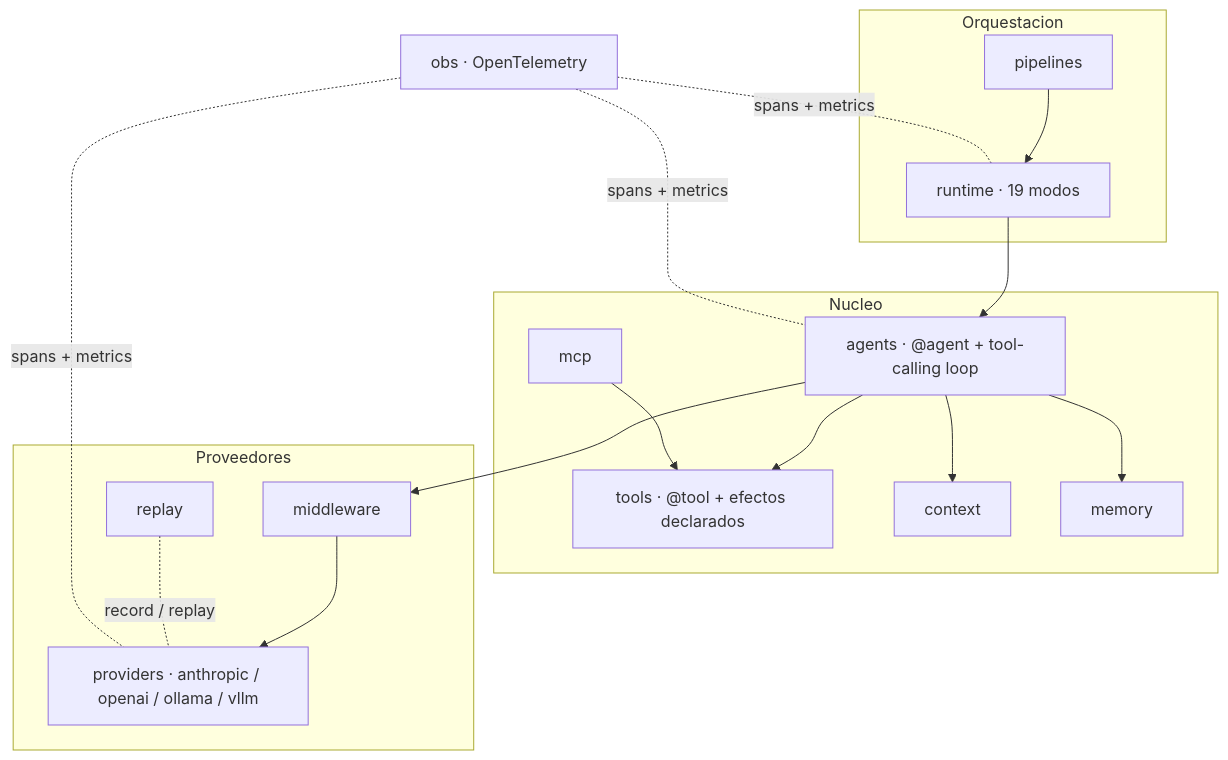
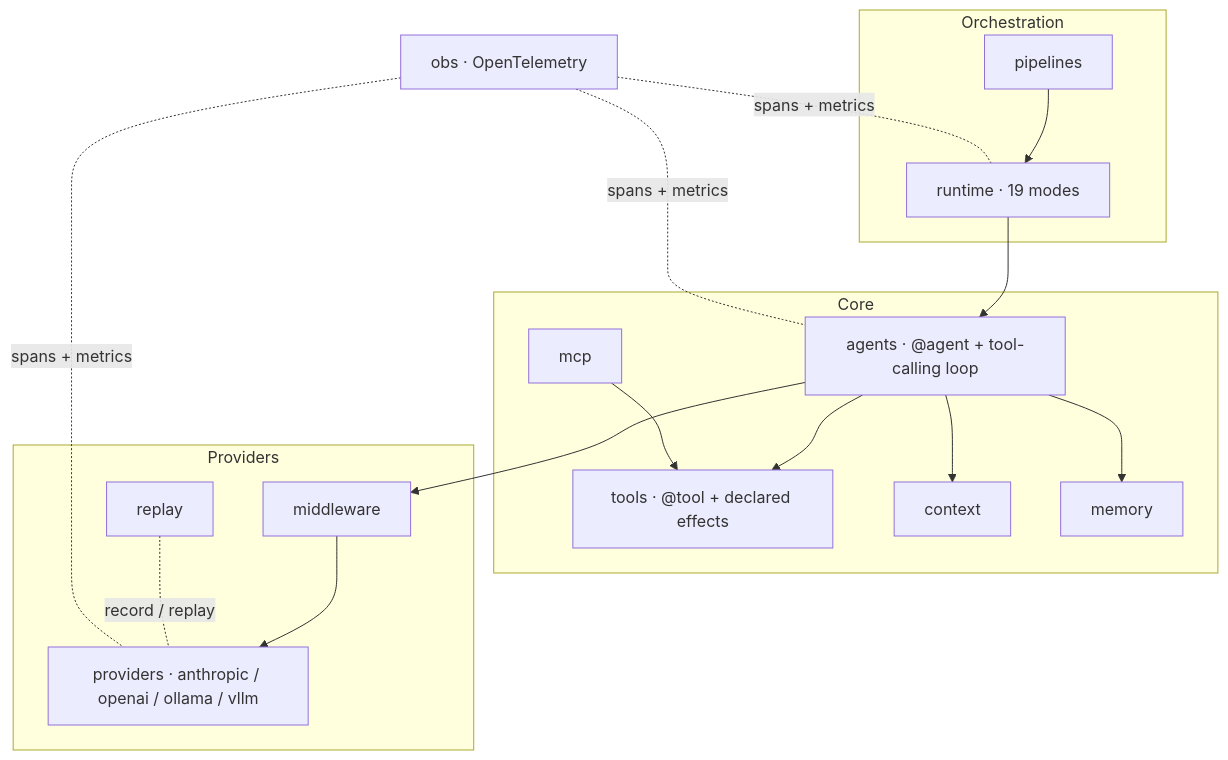
Before and after one commit to phronesis-framework/phronesis-framework: the diagram in README.md, drawn with Mermaid. The commit also changed other lines of this file, not shown here.

````diff
--- a/README.md
+++ b/README.md
@@ -126,21 +124,21 @@
 ```mermaid
 flowchart TB
-  subgraph Orquestacion
-    PIPELINES[pipelines] --> RUNTIME["runtime · 19 modos"]
+  subgraph Orchestration
+    PIPELINES[pipelines] --> RUNTIME["runtime · 19 modes"]
   end
 
-  subgraph Nucleo
+  subgraph Core
     RUNTIME --> AGENTS["agents · @agent + tool-calling loop"]
-    AGENTS --> TOOLS["tools · @tool + efectos declarados"]
+    AGENTS --> TOOLS["tools · @tool + declared effects"]
     AGENTS --> CONTEXT[context]
     AGENTS --> MEMORY[memory]
     MCP[mcp] --> TOOLS
   end
 
-  subgraph Proveedores
+  subgraph Providers
     AGENTS --> MW[middleware] --> PROVIDERS["providers · anthropic / openai / ollama / vllm"]
     REPLAY[replay] -. record / replay .- PROVIDERS
   end
 
   OBS["obs · OpenTelemetry"] -. spans + metrics .- RUNTIME & AGENTS & PROVIDERS
 ```
````
